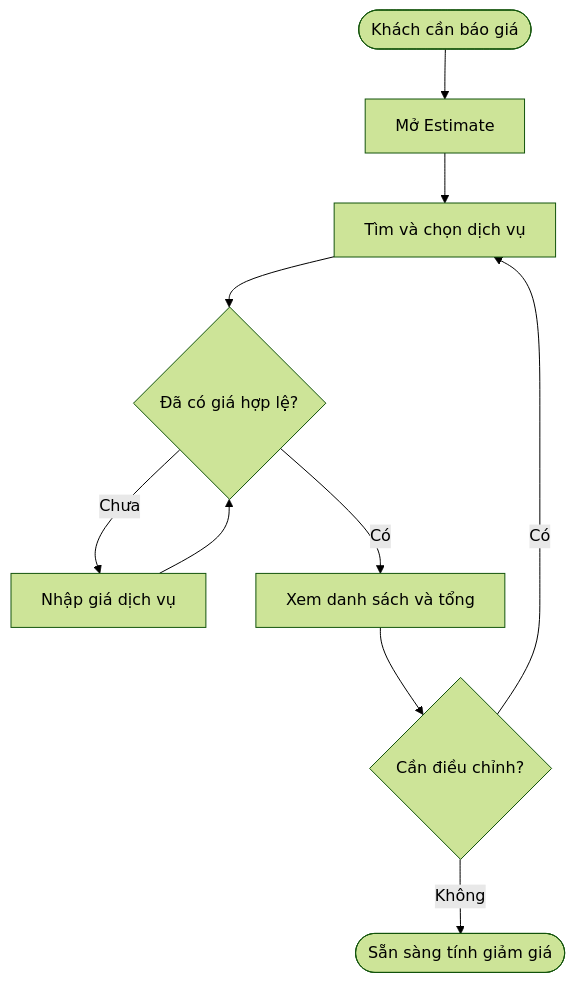
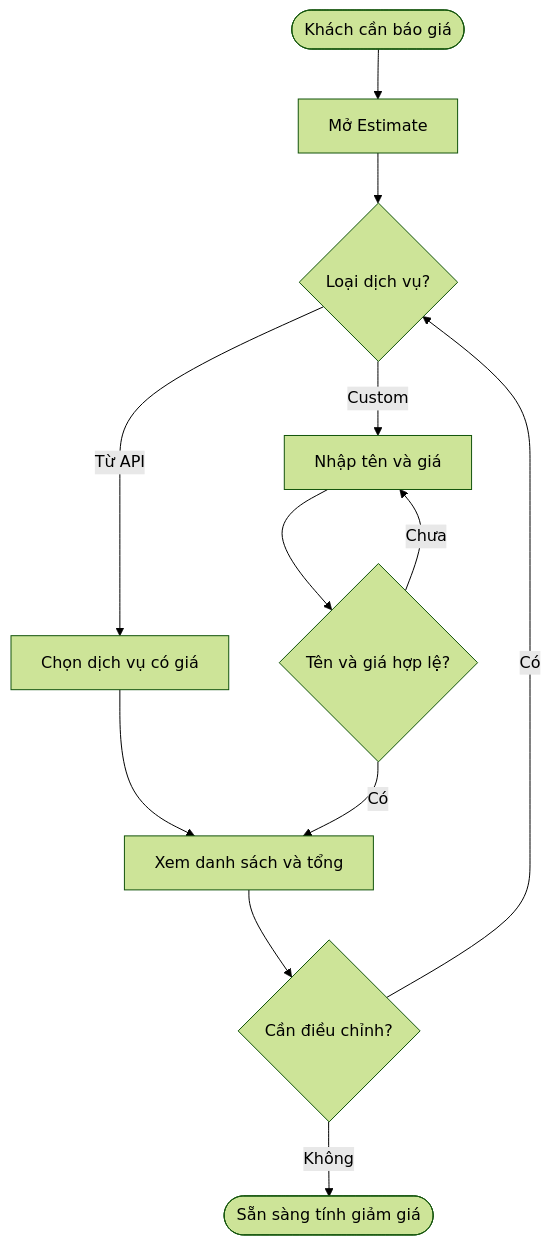
One commit to maivtn/taxiq changed the first of 4 diagrams in docs/business/front-desk-estimate.md. Above: the diagram before and after it, drawn with Mermaid (forest theme). The commit also changed other lines of this file, not shown here.

Commit message:
docs: define API service prices and custom estimate services

````diff
--- a/docs/business/front-desk-estimate.md
+++ b/docs/business/front-desk-estimate.md
@@ -61,12 +63,14 @@
 ```mermaid
 flowchart TD
     A([Khách cần báo giá]) --> B[Mở Estimate]
-    B --> C[Tìm và chọn dịch vụ]
-    C --> D{Đã có giá hợp lệ?}
-    D -- Chưa --> E[Nhập giá dịch vụ]
-    E --> D
-    D -- Có --> F[Xem danh sách và tổng]
+    B --> S{Loại dịch vụ?}
+    S -- Từ API --> C[Chọn dịch vụ có giá]
+    C --> F[Xem danh sách và tổng]
+    S -- Custom --> E[Nhập tên và giá]
+    E --> D{Tên và giá hợp lệ?}
+    D -- Chưa --> E
+    D -- Có --> F
     F --> G{Cần điều chỉnh?}
-    G -- Có --> C
+    G -- Có --> S
     G -- Không --> H([Sẵn sàng tính giảm giá])
 ```
````
